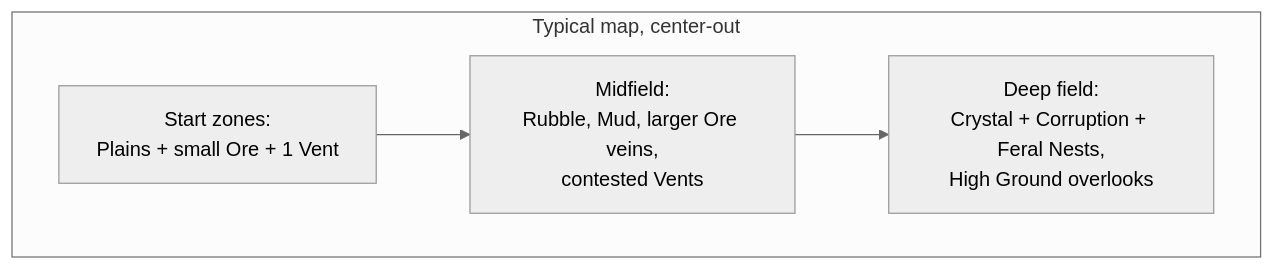
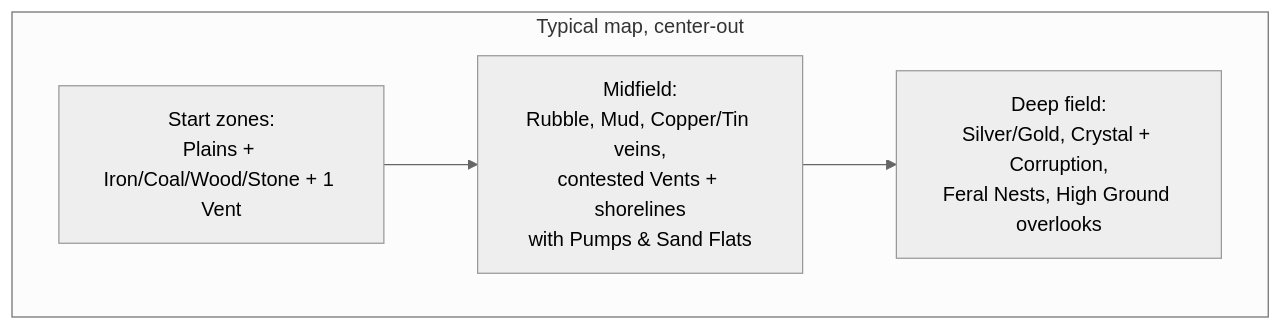
One commit to mmmtastymmm/programming-game-planned changed the diagram in docs/05-terrain.md. Above: the diagram before and after it, drawn with Mermaid (neutral theme). The commit also changed other lines of this file and 11 other files, not shown here.

````diff
--- a/docs/05-terrain.md
+++ b/docs/05-terrain.md
@@ -91,7 +94,7 @@
 ```mermaid
 flowchart TD
     subgraph MapRing["Typical map, center-out"]
-        S[Start zones:<br/>Plains + small Ore + 1 Vent] --> M[Midfield:<br/>Rubble, Mud, larger Ore veins,<br/>contested Vents]
-        M --> C[Deep field:<br/>Crystal + Corruption + Feral Nests,<br/>High Ground overlooks]
+        S[Start zones:<br/>Plains + Iron/Coal/Wood/Stone + 1 Vent] --> M[Midfield:<br/>Rubble, Mud, Copper/Tin veins,<br/>contested Vents + shorelines<br/>with Pumps & Sand Flats]
+        M --> C[Deep field:<br/>Silver/Gold, Crystal + Corruption,<br/>Feral Nests, High Ground overlooks]
     end
 ```
````
